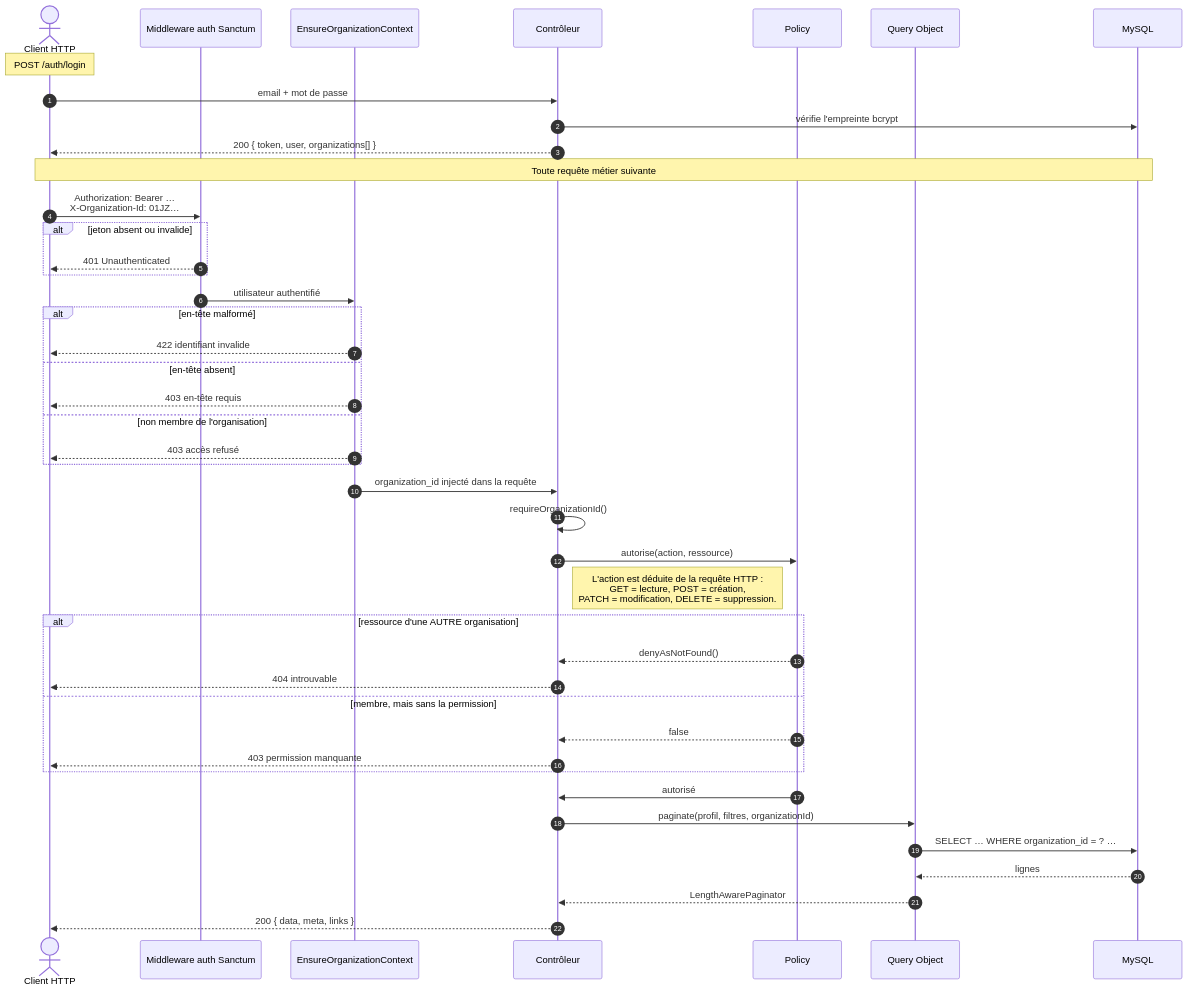
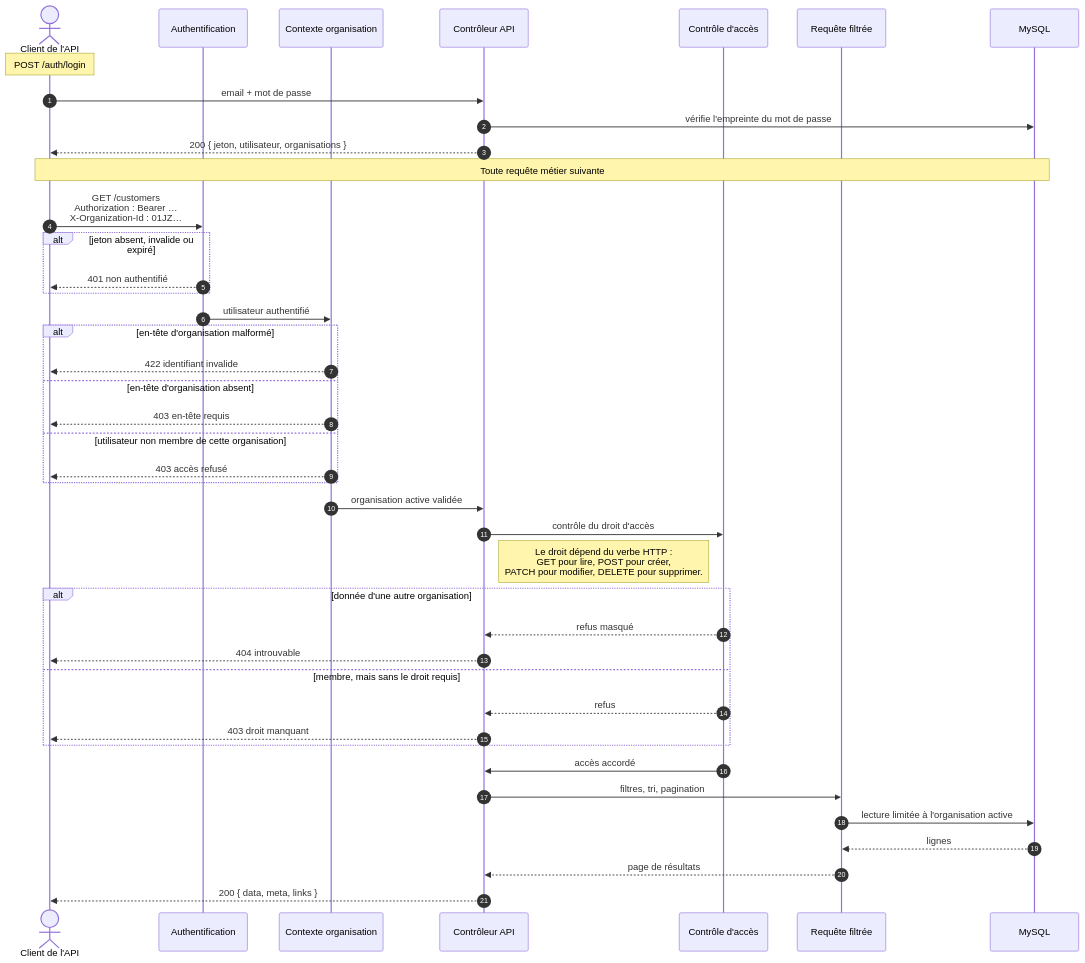
One commit to bouaichiDev/TricolisWeb changed the first of 5 diagrams in docs/backend/sequence-diagrams.md. Above: the diagram before and after it, drawn with Mermaid. The commit also changed 1 other file, not shown here.

First paragraph of the commit message:
docs: sequence 1 — un seul vocabulaire, celui de l'API
Le diagramme melangeait deux niveaux : le haut parlait HTTP
(POST /auth/login, 401, 404) et le bas parlait Laravel
(denyAsNotFound, LengthAwarePaginator, paginate, « ressource »).
Un lecteur de l'API ne reconnait pas la seconde moitie.

````diff
--- a/docs/backend/sequence-diagrams.md
+++ b/docs/backend/sequence-diagrams.md
@@ -17,52 +17,51 @@
 ```mermaid
 sequenceDiagram
     autonumber
-    actor U as Client HTTP
-    participant S as Middleware auth Sanctum
-    participant M as EnsureOrganizationContext
-    participant C as Contrôleur
-    participant P as Policy
-    participant Q as Query Object
+    actor U as Client de l'API
+    participant S as Authentification
+    participant M as Contexte organisation
+    participant C as Contrôleur API
+    participant P as Contrôle d'accès
+    participant Q as Requête filtrée
     participant DB as MySQL
 
     Note over U: POST /auth/login
     U->>C: email + mot de passe
-    C->>DB: vérifie l'empreinte bcrypt
-    C-->>U: 200 { token, user, organizations[] }
+    C->>DB: vérifie l'empreinte du mot de passe
+    C-->>U: 200 { jeton, utilisateur, organisations }
 
     Note over U,DB: Toute requête métier suivante
 
-    U->>S: Authorization: Bearer …<br/>X-Organization-Id: 01JZ…
-    alt jeton absent ou invalide
-        S-->>U: 401 Unauthenticated
+    U->>S: GET /customers<br/>Authorization : Bearer …<br/>X-Organization-Id : 01JZ…
+    alt jeton absent, invalide ou expiré
+        S-->>U: 401 non authentifié
     end
     S->>M: utilisateur authentifié
 
-    alt en-tête malformé
+    alt en-tête d'organisation malformé
         M-->>U: 422 identifiant invalide
-    else en-tête absent
+    else en-tête d'organisation absent
         M-->>U: 403 en-tête requis
-    else non membre de l'organisation
+    else utilisateur non membre de cette organisation
         M-->>U: 403 accès refusé
     end
 
-    M->>C: organization_id injecté dans la requête
-    C->>C: requireOrganizationId()
-    C->>P: autorise(action, ressource)
-    Note right of C: L'action est déduite de la requête HTTP :<br/>GET = lecture, POST = création,<br/>PATCH = modification, DELETE = suppression.
+    M->>C: organisation active validée
+    C->>P: contrôle du droit d'accès
+    Note right of C: Le droit dépend du verbe HTTP :<br/>GET pour lire, POST pour créer,<br/>PATCH pour modifier, DELETE pour supprimer.
 
-    alt ressource d'une AUTRE organisation
-        P-->>C: denyAsNotFound()
+    alt donnée d'une autre organisation
+        P-->>C: refus masqué
         C-->>U: 404 introuvable
-    else membre, mais sans la permission
-        P-->>C: false
-        C-->>U: 403 permission manquante
+    else membre, mais sans le droit requis
+        P-->>C: refus
+        C-->>U: 403 droit manquant
     end
 
-    P->>C: autorisé
-    C->>Q: paginate(profil, filtres, organizationId)
-    Q->>DB: SELECT … WHERE organization_id = ? …
+    P->>C: accès accordé
+    C->>Q: filtres, tri, pagination
+    Q->>DB: lecture limitée à l'organisation active
     DB-->>Q: lignes
-    Q-->>C: LengthAwarePaginator
+    Q-->>C: page de résultats
     C-->>U: 200 { data, meta, links }
 ```
````
